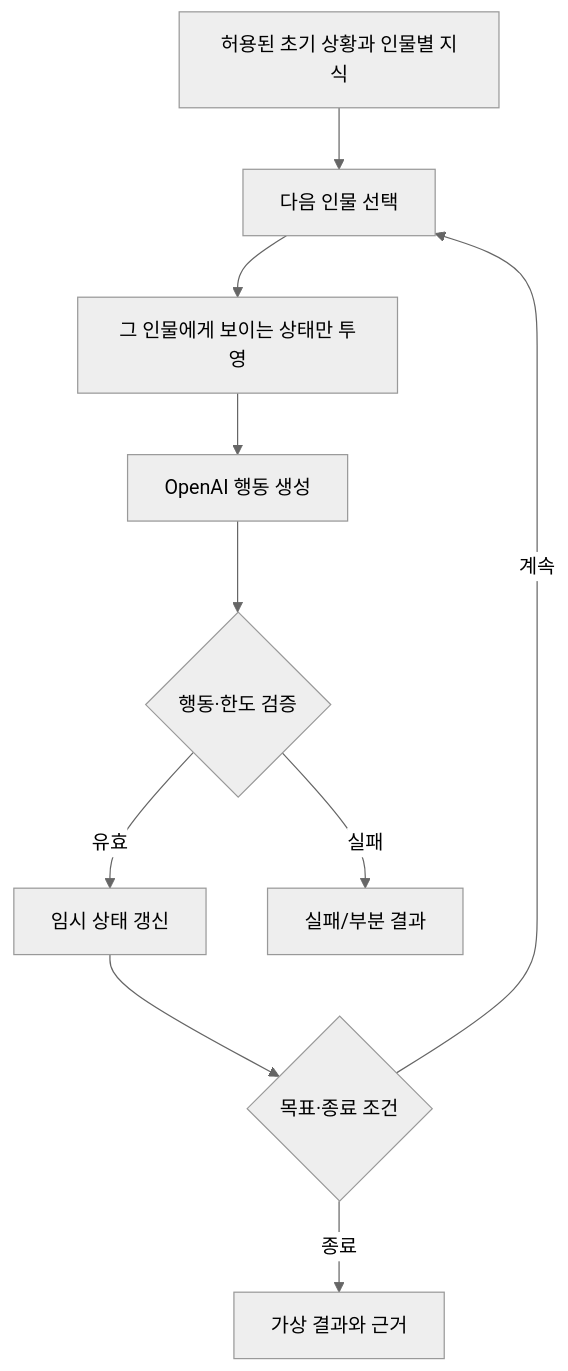
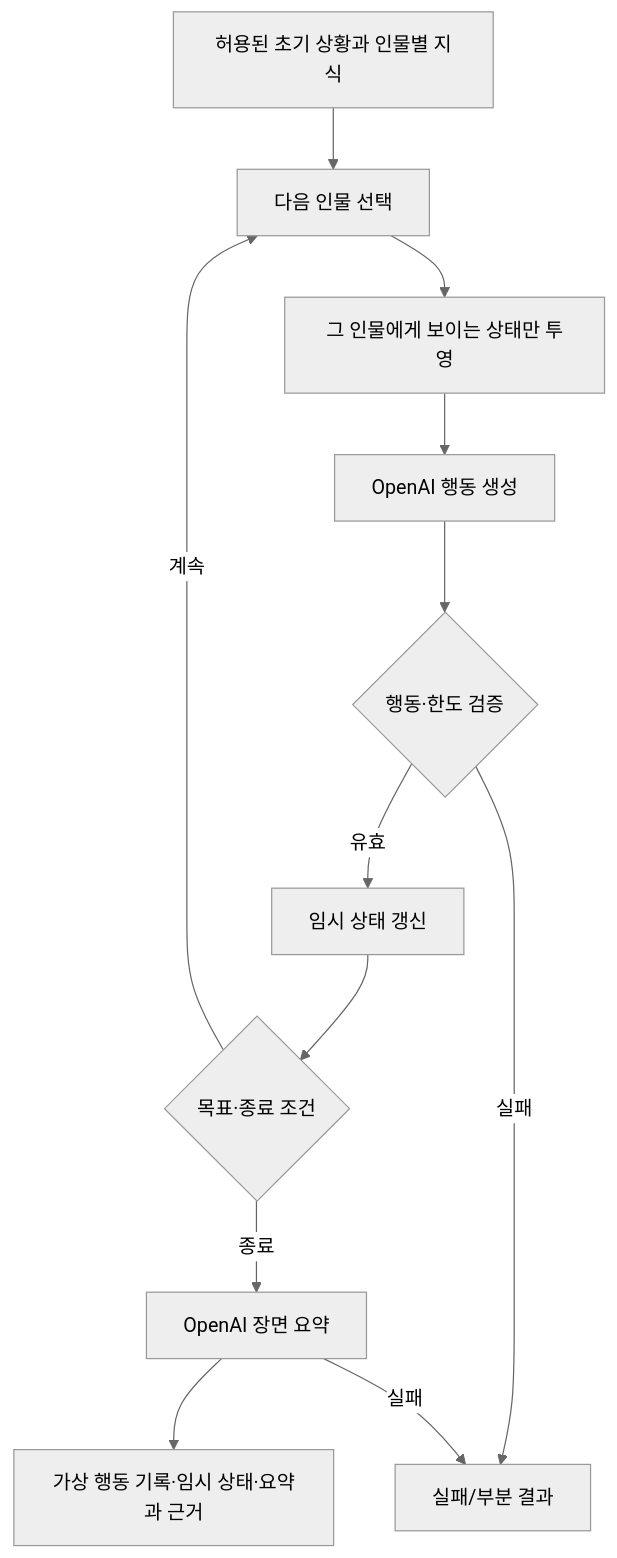
Before and after one commit to SKNETWORKS-FAMILY-AICAMP/SKN34-FINAL-4TEAM: the diagram in docs/writing-ai-architecture/03-rag-simulation-design.md, drawn with Mermaid (neutral theme). The commit also changed other lines of this file and 14 other files, not shown here.

```diff
--- a/docs/writing-ai-architecture/03-rag-simulation-design.md
+++ b/docs/writing-ai-architecture/03-rag-simulation-design.md
@@ -22,12 +29,14 @@
 ~~~mermaid
 flowchart TD
   A[허용된 초기 상황과 인물별 지식] --> B[다음 인물 선택]
   B --> C[그 인물에게 보이는 상태만 투영]
   C --> D[OpenAI 행동 생성]
   D --> E{행동·한도 검증}
   E -->|유효| F[임시 상태 갱신]
   F --> G{목표·종료 조건}
   G -->|계속| B
-  G -->|종료| H[가상 결과와 근거]
+  G -->|종료| J[OpenAI 장면 요약]
+  J --> H[가상 행동 기록·임시 상태·요약과 근거]
   E -->|실패| I[실패/부분 결과]
+  J -->|실패| I
 ~~~
```
